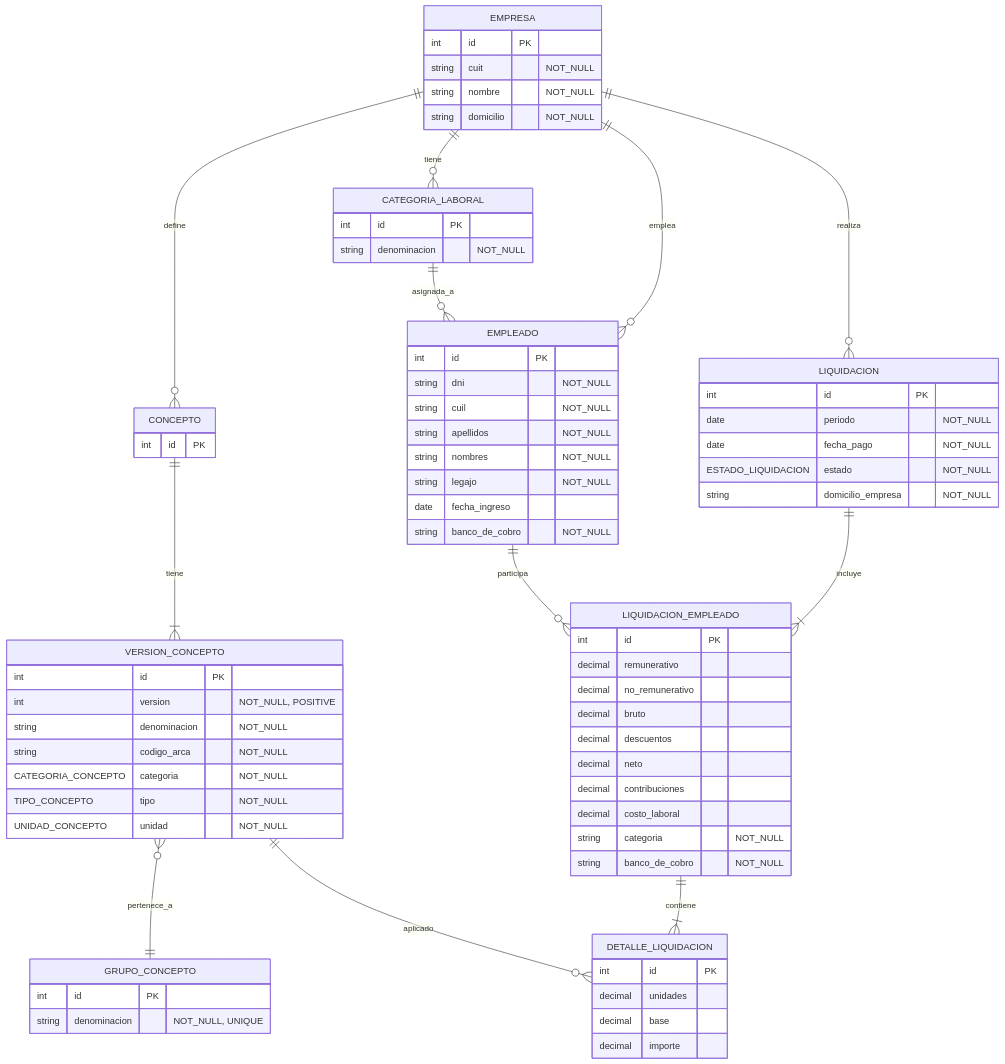
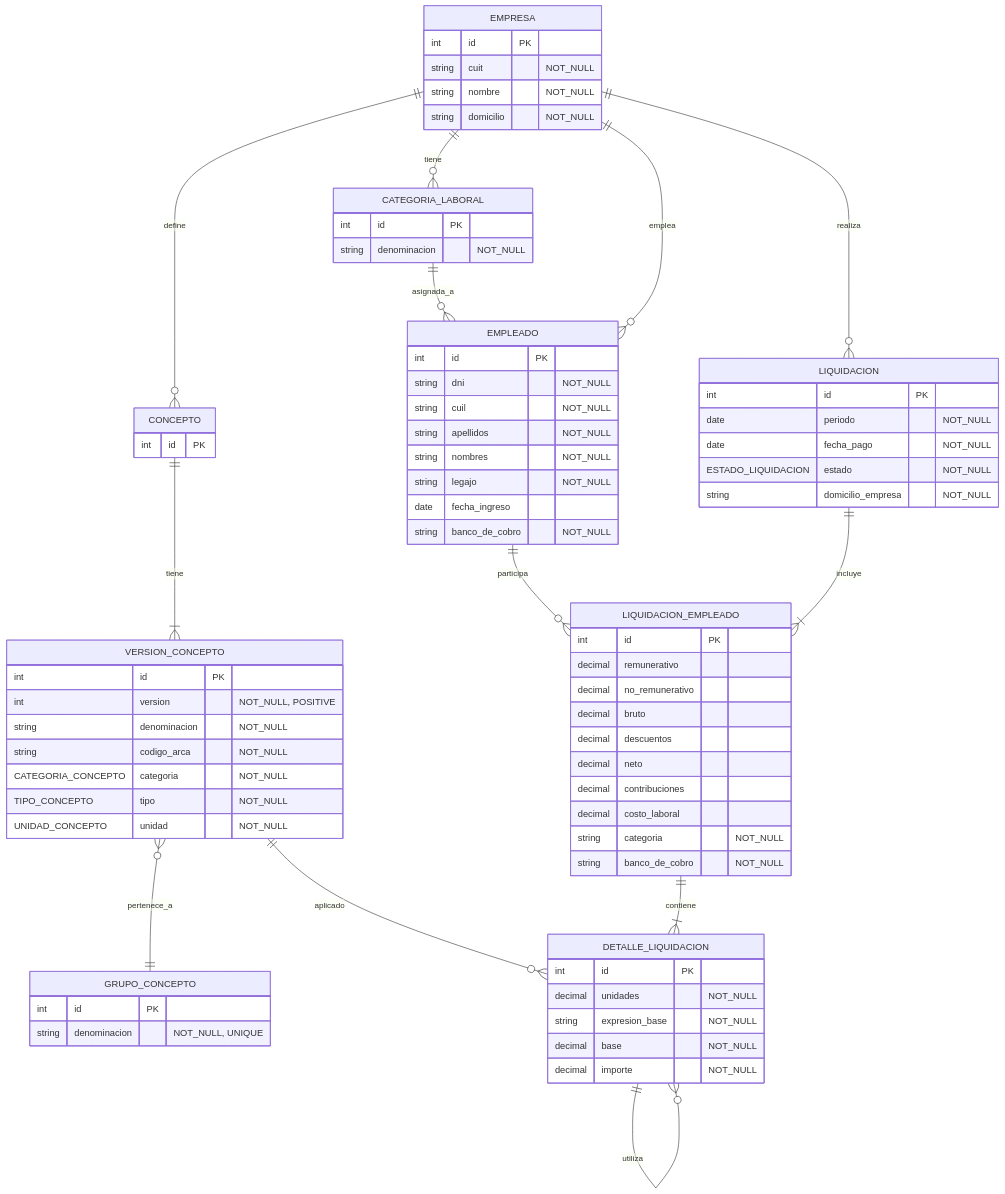
Before and after one commit to IgnacioAusili/ms_contable: the second of 2 diagrams in docs/spec.md, drawn with Mermaid. The commit also changed 44 other files, not shown here.

````diff
--- a/docs/spec.md
+++ b/docs/spec.md
@@ -76,6 +76,8 @@
 
     LIQUIDACION_EMPLEADO ||--|{ DETALLE_LIQUIDACION : contiene
     VERSION_CONCEPTO ||--o{ DETALLE_LIQUIDACION : aplicado
+
+    DETALLE_LIQUIDACION ||--o{ DETALLE_LIQUIDACION : utiliza
     
     EMPRESA {
         int id PK
@@ -187,10 +189,12 @@
 
     DETALLE_LIQUIDACION {
         int id PK
-        decimal unidades
+        decimal unidades "NOT_NULL"
+        %% DJANGO BLANK: false
+        string expresion_base "NOT_NULL"
         %% puede estar expresado en terminos de otros conceptos
-        decimal base
+        decimal base "NOT_NULL"
         %% DJANGO HELP_TEXT: unidades * base
-        decimal importe
+        decimal importe "NOT_NULL"
     }
 ```
````
